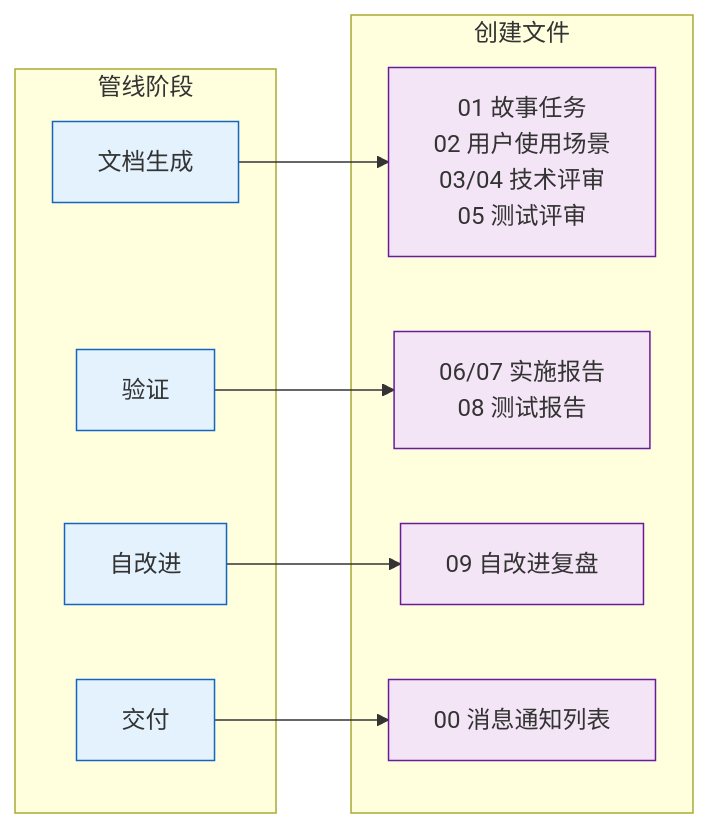
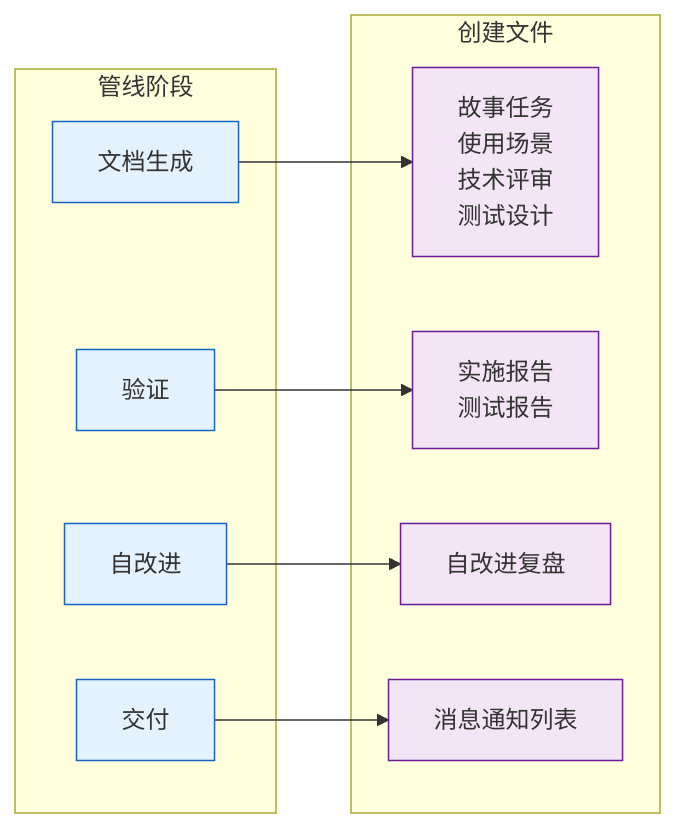
Before and after one commit to effiy/YrY: the fifth of 11 diagrams in rules/doc-generation.md, drawn with Mermaid. The commit also changed other lines of this file and 90 other files, not shown here.

````diff
--- a/rules/doc-generation.md
+++ b/rules/doc-generation.md
@@ -155,22 +155,22 @@
 ```mermaid
 flowchart LR
     subgraph 阶段["管线阶段"]
         P1["文档生成"]:::phase
         P2["验证"]:::phase
         P3["自改进"]:::phase
         P4["交付"]:::phase
     end
     subgraph 产出["创建文件"]
-        O1["01 故事任务<br/>02 用户使用场景<br/>03/04 技术评审<br/>05 测试评审"]:::file
-        O2["06/07 实施报告<br/>08 测试报告"]:::file
-        O3["09 自改进复盘"]:::file
-        O4["00 消息通知列表"]:::file
+        O1["故事任务<br/>使用场景<br/>技术评审<br/>测试设计"]:::file
+        O2["实施报告<br/>测试报告"]:::file
+        O3["自改进复盘"]:::file
+        O4["消息通知列表"]:::file
     end
     P1 --> O1
     P2 --> O2
     P3 --> O3
     P4 --> O4
 
     classDef phase fill:#e3f2fd,stroke:#1565c0;
     classDef file fill:#f3e5f5,stroke:#6a1b9a;
 ```
````
